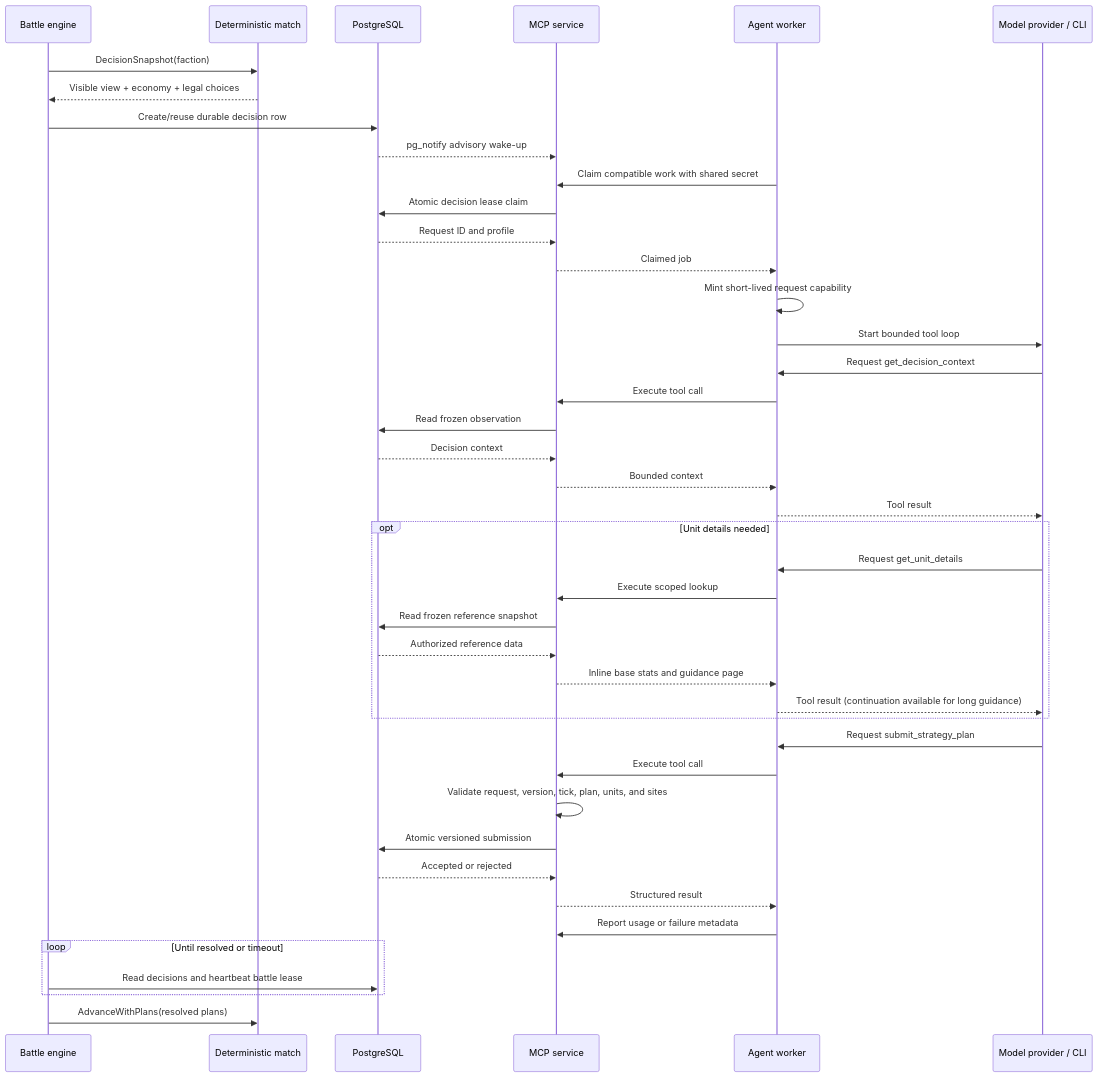
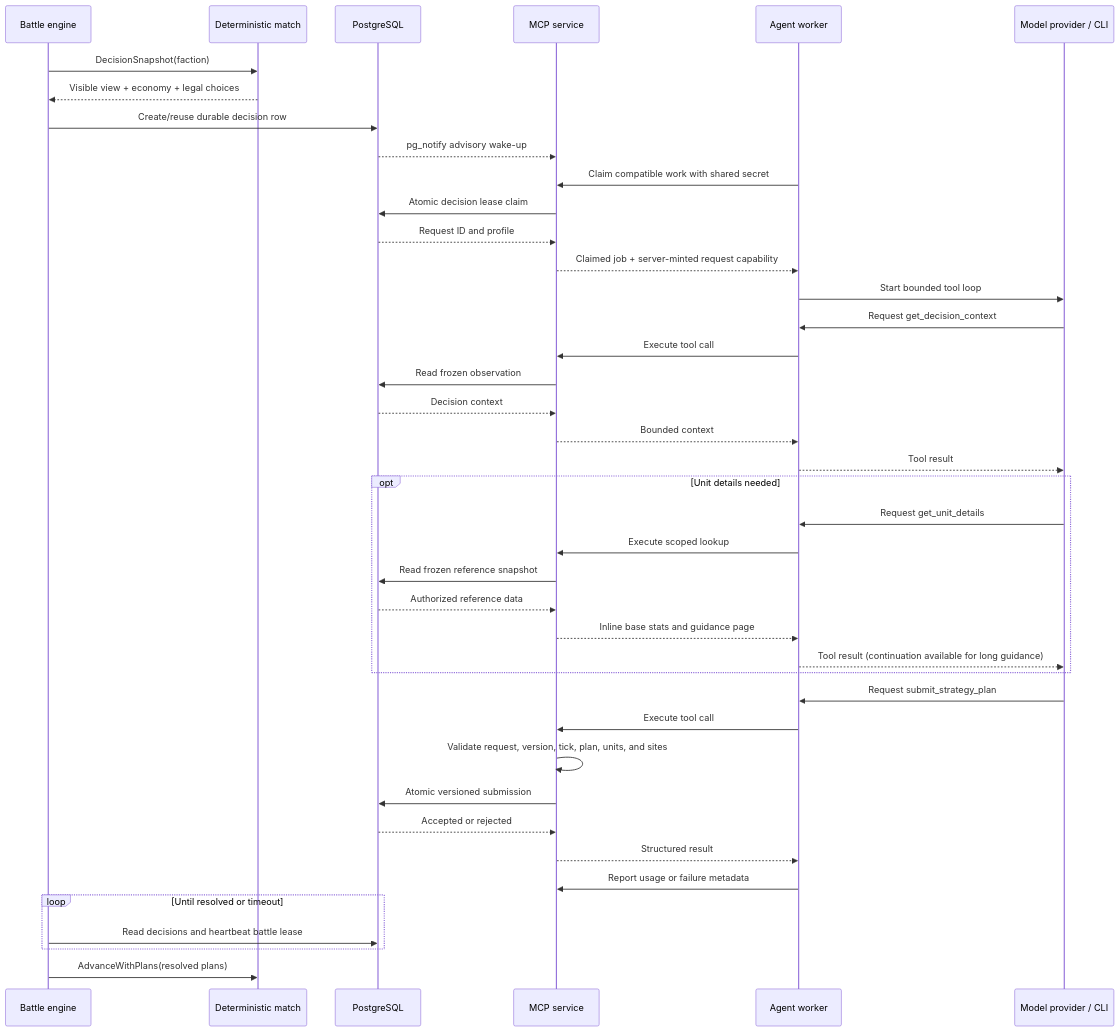
Before and after one commit to twhAuto/autonomous_battlefield: the third of 4 diagrams in docs/architecture/system-architecture.md, drawn with Mermaid. The commit also changed other lines of this file, not shown here.

Commit message:
docs: correct capability minting and document the shared worker secret

````diff
--- a/docs/architecture/system-architecture.md
+++ b/docs/architecture/system-architecture.md
@@ -320,45 +320,44 @@
 ```mermaid
 sequenceDiagram
     participant Engine as Battle engine
     participant Match as Deterministic match
     participant DB as PostgreSQL
     participant MCP as MCP service
     participant Agent as Agent worker
     participant Model as Model provider / CLI
 
     Engine->>Match: DecisionSnapshot(faction)
     Match-->>Engine: Visible view + economy + legal choices
     Engine->>DB: Create/reuse durable decision row
     DB-->>MCP: pg_notify advisory wake-up
     Agent->>MCP: Claim compatible work with shared secret
     MCP->>DB: Atomic decision lease claim
     DB-->>MCP: Request ID and profile
-    MCP-->>Agent: Claimed job
-    Agent->>Agent: Mint short-lived request capability
+    MCP-->>Agent: Claimed job + server-minted request capability
     Agent->>Model: Start bounded tool loop
     Model->>Agent: Request get_decision_context
     Agent->>MCP: Execute tool call
     MCP->>DB: Read frozen observation
     DB-->>MCP: Decision context
     MCP-->>Agent: Bounded context
     Agent-->>Model: Tool result
     opt Unit details needed
         Model->>Agent: Request get_unit_details
         Agent->>MCP: Execute scoped lookup
         MCP->>DB: Read frozen reference snapshot
         DB-->>MCP: Authorized reference data
         MCP-->>Agent: Inline base stats and guidance page
         Agent-->>Model: Tool result (continuation available for long guidance)
     end
     Model->>Agent: Request submit_strategy_plan
     Agent->>MCP: Execute tool call
     MCP->>MCP: Validate request, version, tick, plan, units, and sites
     MCP->>DB: Atomic versioned submission
     DB-->>MCP: Accepted or rejected
     MCP-->>Agent: Structured result
     Agent->>MCP: Report usage or failure metadata
     loop Until resolved or timeout
         Engine->>DB: Read decisions and heartbeat battle lease
     end
     Engine->>Match: AdvanceWithPlans(resolved plans)
 ```
````
